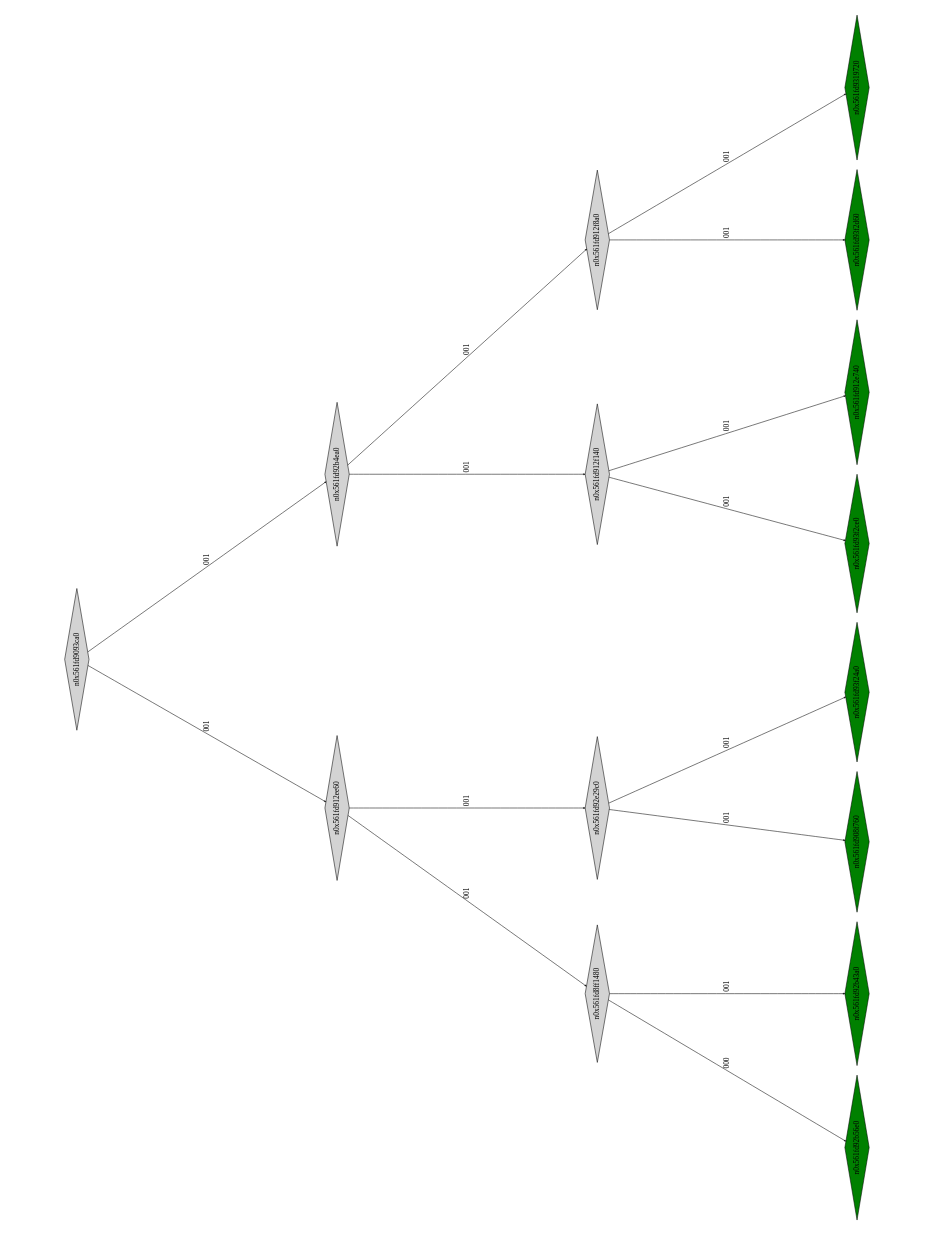
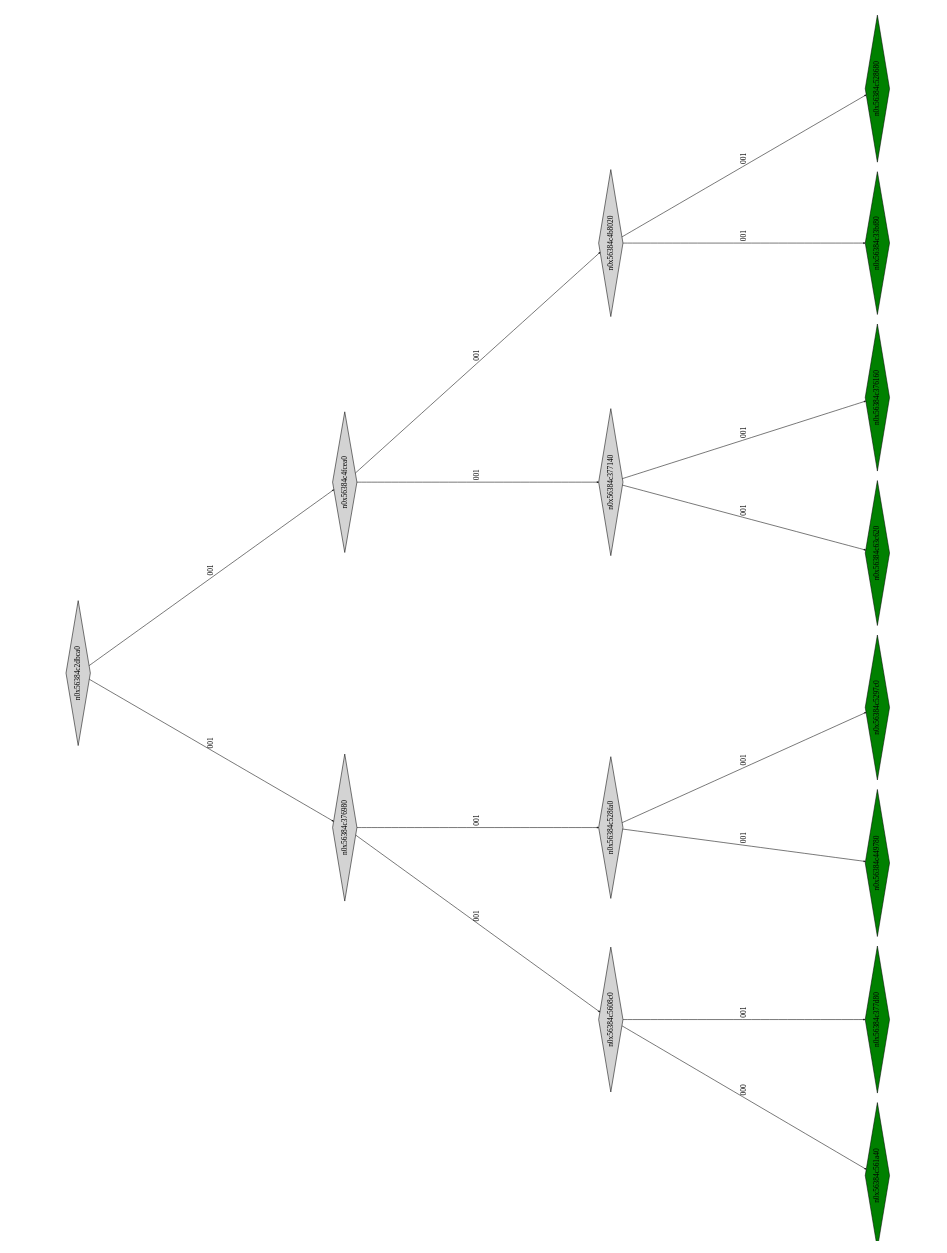
Before and after one commit to Research-Tools-PAVT/PSE-Program-Examples: the diagram in montyhall_klee_out/ptree_00001065.dot, drawn with Graphviz. The commit also changed 101 other files, not shown here.

```diff
--- a/montyhall_klee_out/ptree_00001065.dot
+++ b/montyhall_klee_out/ptree_00001065.dot
@@ -1,37 +1,37 @@
 digraph G {
 	size="10,7.5";
 	ratio=fill;
 	rotate=90;
 	center = "true";
 	node [style="filled",width=.1,height=.1,fontname="Terminus"]
 	edge [arrowsize=.3]
-	n0x561fd9093ca0 [shape=diamond];
-	n0x561fd9093ca0 -> n0x561fd912ee60 [label=001];
-	n0x561fd9093ca0 -> n0x561fd92b4ea0 [label=001];
-	n0x561fd92b4ea0 [shape=diamond];
-	n0x561fd92b4ea0 -> n0x561fd912f140 [label=001];
-	n0x561fd92b4ea0 -> n0x561fd912f8a0 [label=001];
-	n0x561fd912f8a0 [shape=diamond];
-	n0x561fd912f8a0 -> n0x561fd93f2d60 [label=001];
-	n0x561fd912f8a0 -> n0x561fd9319720 [label=001];
-	n0x561fd9319720 [shape=diamond,fillcolor=green];
-	n0x561fd93f2d60 [shape=diamond,fillcolor=green];
-	n0x561fd912f140 [shape=diamond];
-	n0x561fd912f140 -> n0x561fd93f2ce0 [label=001];
-	n0x561fd912f140 -> n0x561fd912e740 [label=001];
-	n0x561fd912e740 [shape=diamond,fillcolor=green];
-	n0x561fd93f2ce0 [shape=diamond,fillcolor=green];
-	n0x561fd912ee60 [shape=diamond];
-	n0x561fd912ee60 -> n0x561fd8ff1480 [label=001];
-	n0x561fd912ee60 -> n0x561fd92e29c0 [label=001];
-	n0x561fd92e29c0 [shape=diamond];
-	n0x561fd92e29c0 -> n0x561fd908f760 [label=001];
-	n0x561fd92e29c0 -> n0x561fd93f24a0 [label=001];
-	n0x561fd93f24a0 [shape=diamond,fillcolor=green];
-	n0x561fd908f760 [shape=diamond,fillcolor=green];
-	n0x561fd8ff1480 [shape=diamond];
-	n0x561fd8ff1480 -> n0x561fd92b56e0 [label=000];
-	n0x561fd8ff1480 -> n0x561fd92b43a0 [label=001];
-	n0x561fd92b43a0 [shape=diamond,fillcolor=green];
-	n0x561fd92b56e0 [shape=diamond,fillcolor=green];
+	n0x56384c2dbca0 [shape=diamond];
+	n0x56384c2dbca0 -> n0x56384c376980 [label=001];
+	n0x56384c2dbca0 -> n0x56384c4fcea0 [label=001];
+	n0x56384c4fcea0 [shape=diamond];
+	n0x56384c4fcea0 -> n0x56384c377140 [label=001];
+	n0x56384c4fcea0 -> n0x56384c4b8020 [label=001];
+	n0x56384c4b8020 [shape=diamond];
+	n0x56384c4b8020 -> n0x56384c33bf80 [label=001];
+	n0x56384c4b8020 -> n0x56384c528680 [label=001];
+	n0x56384c528680 [shape=diamond,fillcolor=green];
+	n0x56384c33bf80 [shape=diamond,fillcolor=green];
+	n0x56384c377140 [shape=diamond];
+	n0x56384c377140 -> n0x56384c63c620 [label=001];
+	n0x56384c377140 -> n0x56384c376160 [label=001];
+	n0x56384c376160 [shape=diamond,fillcolor=green];
+	n0x56384c63c620 [shape=diamond,fillcolor=green];
+	n0x56384c376980 [shape=diamond];
+	n0x56384c376980 -> n0x56384c5608c0 [label=001];
+	n0x56384c376980 -> n0x56384c528fa0 [label=001];
+	n0x56384c528fa0 [shape=diamond];
+	n0x56384c528fa0 -> n0x56384c449780 [label=001];
+	n0x56384c528fa0 -> n0x56384c5297c0 [label=001];
+	n0x56384c5297c0 [shape=diamond,fillcolor=green];
+	n0x56384c449780 [shape=diamond,fillcolor=green];
+	n0x56384c5608c0 [shape=diamond];
+	n0x56384c5608c0 -> n0x56384c561a40 [label=000];
+	n0x56384c5608c0 -> n0x56384c377d80 [label=001];
+	n0x56384c377d80 [shape=diamond,fillcolor=green];
+	n0x56384c561a40 [shape=diamond,fillcolor=green];
 }
```
